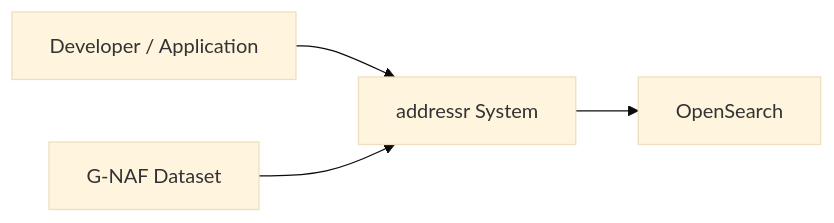
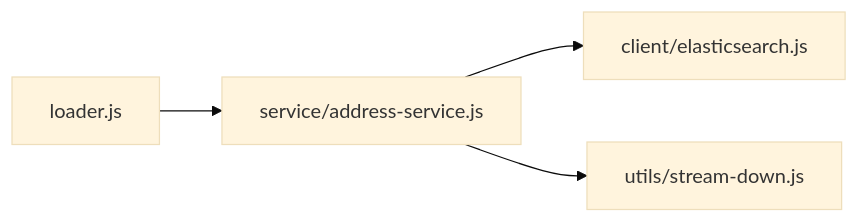
The fifth of 6 diagrams in docs/architecture/C4_MODEL.md (mountain-pass/addressr), drawn with Mermaid (base theme) before and after one commit. The commit also changed other lines of this file and 26 other files, not shown here.

First line of the commit message:
chore: add architecture documentation, ADRs, WIP risk nudging, and C4 model

````diff
--- a/docs/architecture/C4_MODEL.md
+++ b/docs/architecture/C4_MODEL.md
@@ -9,11 +143,11 @@
 ```mermaid
 flowchart LR
-  developer["Developer / Application"]
-  addressr["addressr System"]
-  gnaf["G-NAF Dataset"]
-  opensearch["OpenSearch"]
+  loader["loader.js"]
+  addressSvc["service/address-service.js"]
+  esClient["client/elasticsearch.js"]
+  streamDown["utils/stream-down.js"]
 
-  developer --> addressr
-  addressr --> opensearch
-  gnaf --> addressr
+  loader --> addressSvc
+  addressSvc --> esClient
+  addressSvc --> streamDown
 ```
````
